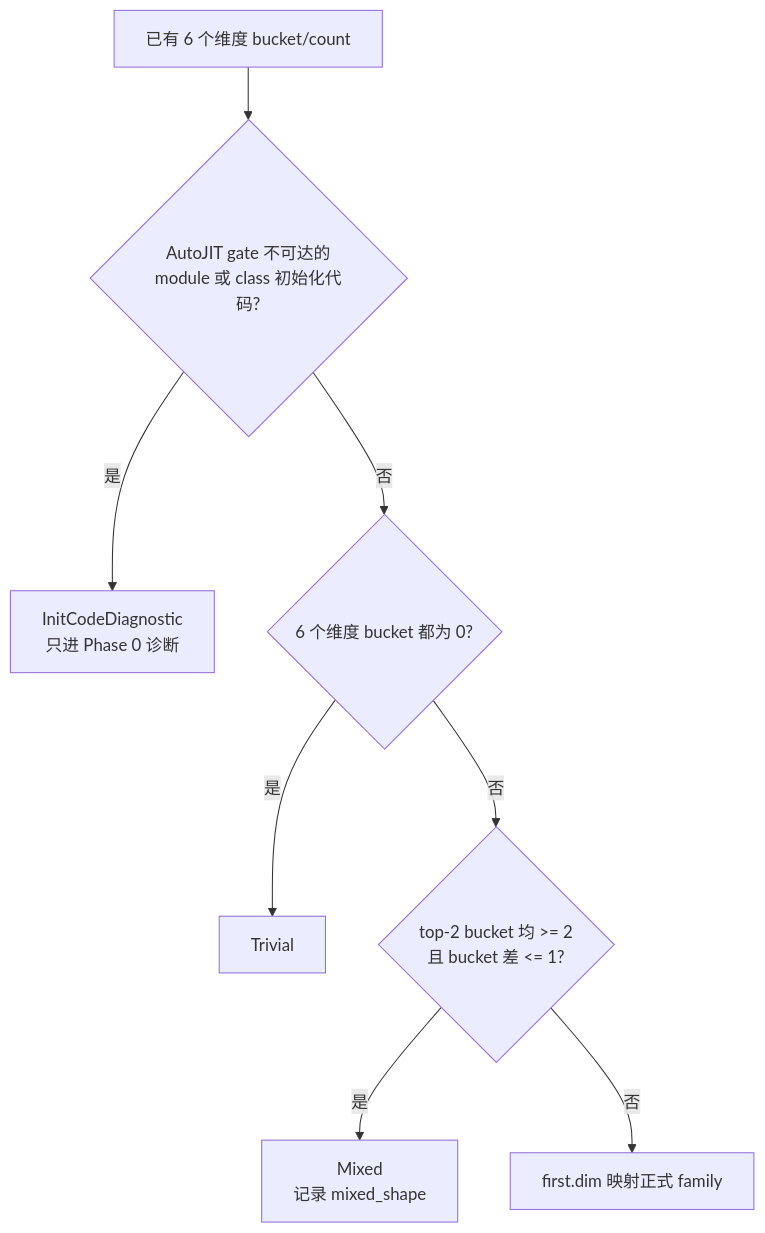
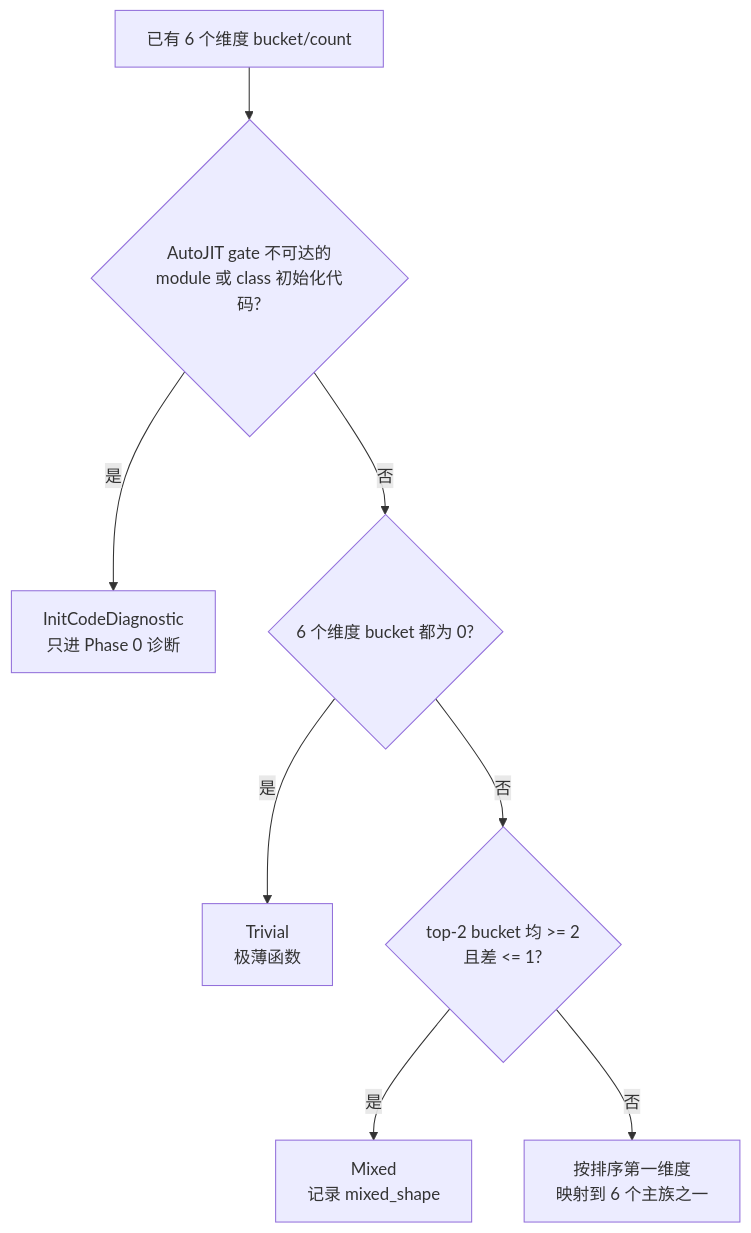
The fourth of 9 diagrams in docs/design/autojit-behavior-classification/【功能设计】AutoJIT 行为模式分类.md (Cookie4Cat/cinderx-dev), drawn with Mermaid before and after one commit. The commit also changed other lines of this file, not shown here.

````diff
--- a/docs/design/autojit-behavior-classification/【功能设计】AutoJIT 行为模式分类.md
+++ b/docs/design/autojit-behavior-classification/【功能设计】AutoJIT 行为模式分类.md
@@ -210,10 +189,10 @@
 ```mermaid
 flowchart TB
   Start[已有 6 个维度 bucket/count] --> Init{AutoJIT gate 不可达的<br/>module 或 class 初始化代码?}
   Init -- 是 --> InitDiag[InitCodeDiagnostic<br/>只进 Phase 0 诊断]
   Init -- 否 --> Weak{6 个维度 bucket 都为 0?}
-  Weak -- 是 --> Trivial[Trivial]
-  Weak -- 否 --> Close{top-2 bucket 均 >= 2<br/>且 bucket 差 <= 1?}
+  Weak -- 是 --> Trivial[Trivial<br/>极薄函数]
+  Weak -- 否 --> Close{top-2 bucket 均 >= 2<br/>且差 <= 1?}
   Close -- 是 --> Mixed[Mixed<br/>记录 mixed_shape]
-  Close -- 否 --> Main[first.dim 映射正式 family]
+  Close -- 否 --> Main[按排序第一维度<br/>映射到 6 个主族之一]
 ```
````
